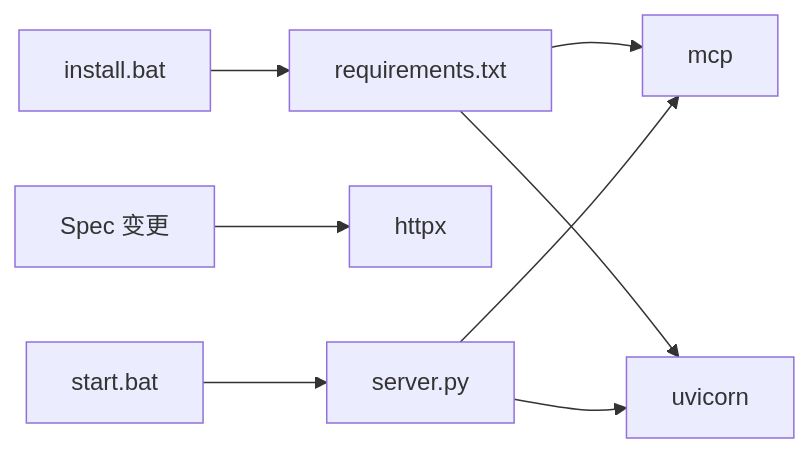
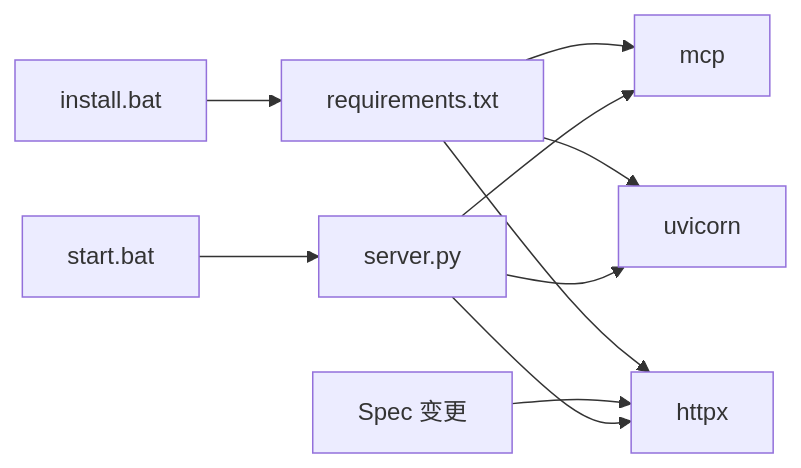
Before and after one commit to rookie-wind/web_ai: the fifth of 5 diagrams in .qoder/repowiki/zh/content/项目概述/核心功能特性/MCP 工具集/MCP 工具集.md, drawn with Mermaid. The commit also changed other lines of this file and 117 other files, not shown here.

````diff
--- a/.qoder/repowiki/zh/content/项目概述/核心功能特性/MCP 工具集/MCP 工具集.md
+++ b/.qoder/repowiki/zh/content/项目概述/核心功能特性/MCP 工具集/MCP 工具集.md
@@ -227,10 +272,12 @@
 ```mermaid
 graph LR
 R["requirements.txt"] --> M["mcp"]
 R --> U["uvicorn"]
-Spec["Spec 变更"] --> H["httpx"]
+R --> H["httpx"]
+Spec["Spec 变更"] --> H
 I["install.bat"] --> R
 S["start.bat"] --> P["server.py"]
 P --> M
 P --> U
+P --> H
 ```
````
